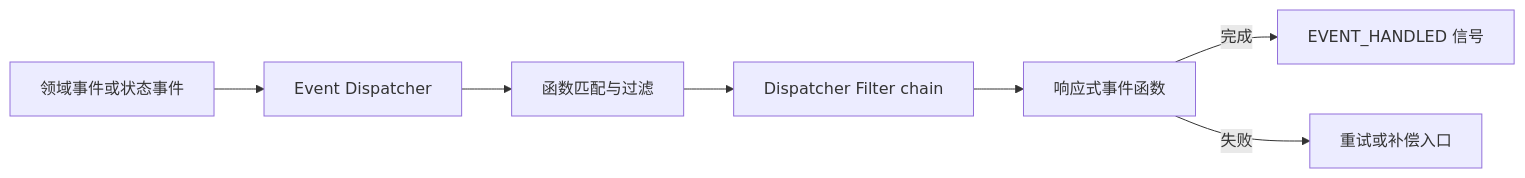
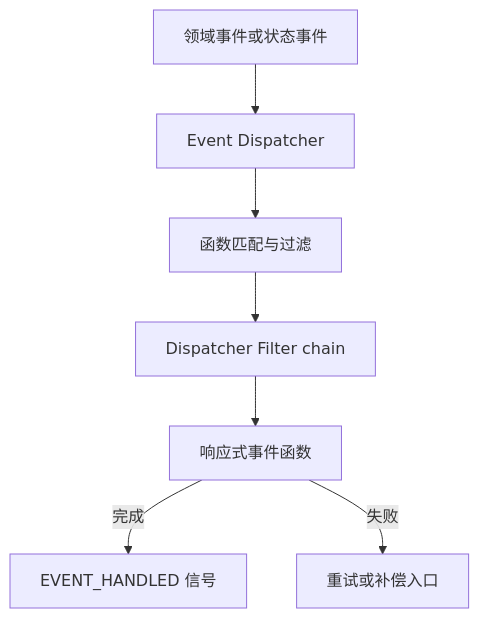
One commit to Ahoo-Wang/Wow changed the diagram in documentation/docs/zh/guide/event/processor.md. Above: the diagram before and after it, drawn with Mermaid. The commit also changed 19 other files, not shown here.

Commit message:
docs: improve Mermaid diagram readability

````diff
--- a/documentation/docs/zh/guide/event/processor.md
+++ b/documentation/docs/zh/guide/event/processor.md
@@ -13,9 +13,9 @@
 ```mermaid
-flowchart LR
+flowchart TB
     Event["领域事件或状态事件"] --> Dispatcher["Event Dispatcher"]
     Dispatcher --> Match["函数匹配与过滤"]
     Match --> Filters["Dispatcher Filter chain"]
     Filters --> Function["响应式事件函数"]
     Function -->|完成| Signal["EVENT_HANDLED 信号"]
     Function -->|失败| Recovery["重试或补偿入口"]
 ```
````
